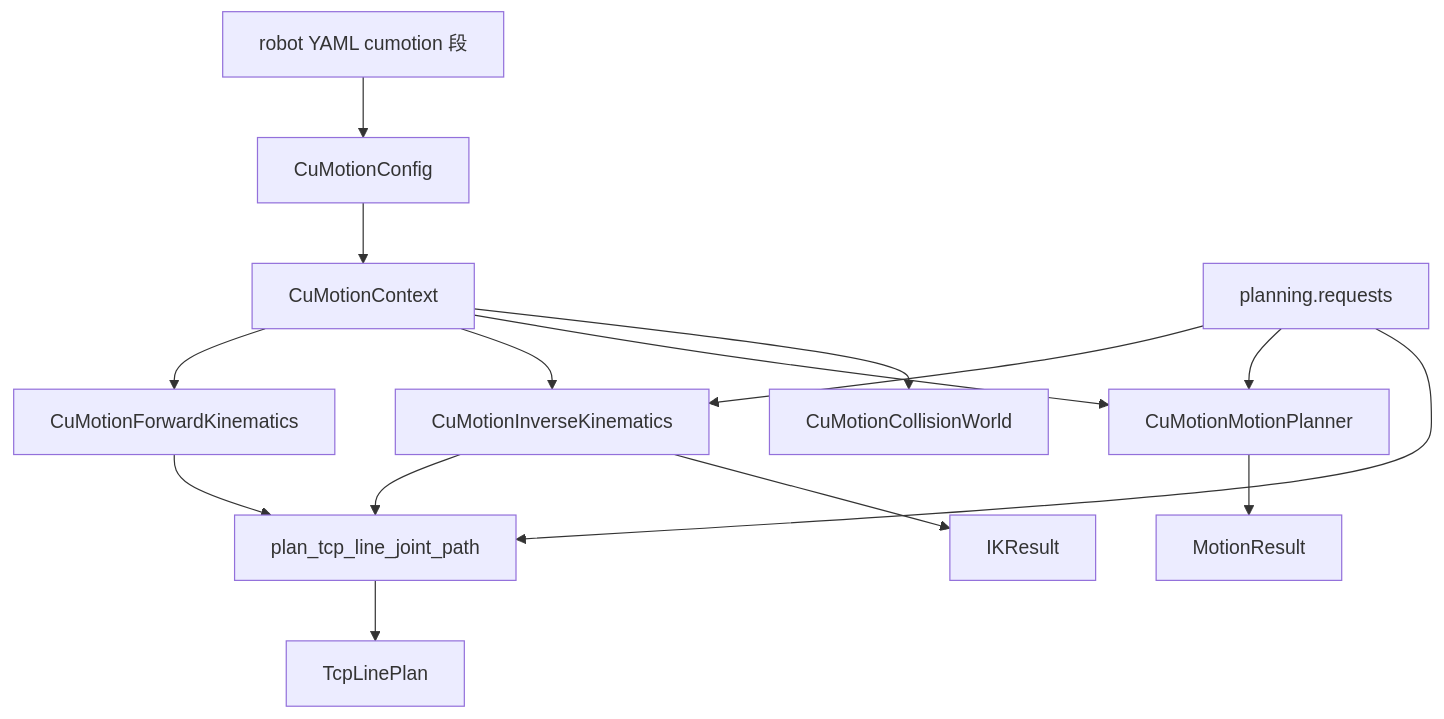
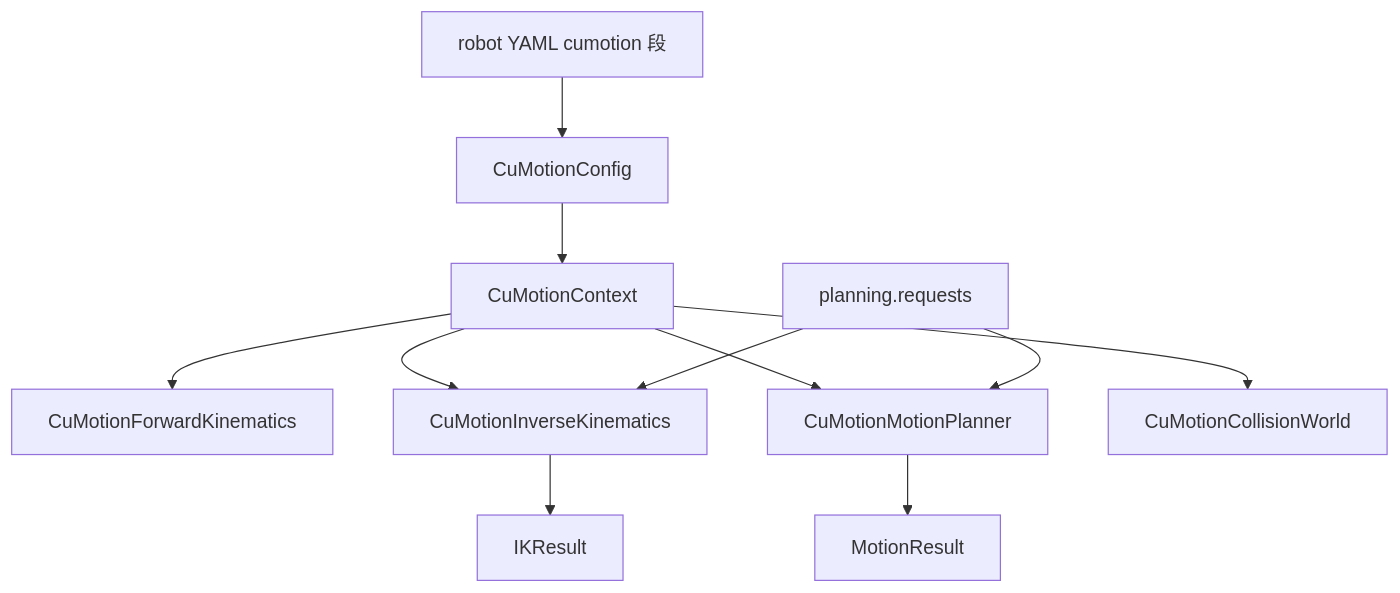
Before and after one commit to linker-bot/linker-sim-isaac: the first of 3 diagrams in docs/cumotion_interface.md, drawn with Mermaid. The commit also changed other lines of this file and 15 other files, not shown here.

Commit message:
Remove legacy tcp line planner

````diff
--- a/docs/cumotion_interface.md
+++ b/docs/cumotion_interface.md
@@ -18,18 +18,14 @@
 ```mermaid
 flowchart TD
     RobotYaml[robot YAML cumotion 段] --> Config[CuMotionConfig]
     Config --> Context[CuMotionContext]
     Context --> FK[CuMotionForwardKinematics]
     Context --> IK[CuMotionInverseKinematics]
     Context --> Planner[CuMotionMotionPlanner]
     Context --> World[CuMotionCollisionWorld]
 
     Request[planning.requests] --> IK
     Request --> Planner
-    Request --> TcpLine[plan_tcp_line_joint_path]
-    FK --> TcpLine
-    IK --> TcpLine
     Planner --> MotionResult[MotionResult]
     IK --> IKResult[IKResult]
-    TcpLine --> TcpLinePlan[TcpLinePlan]
 ```
````
